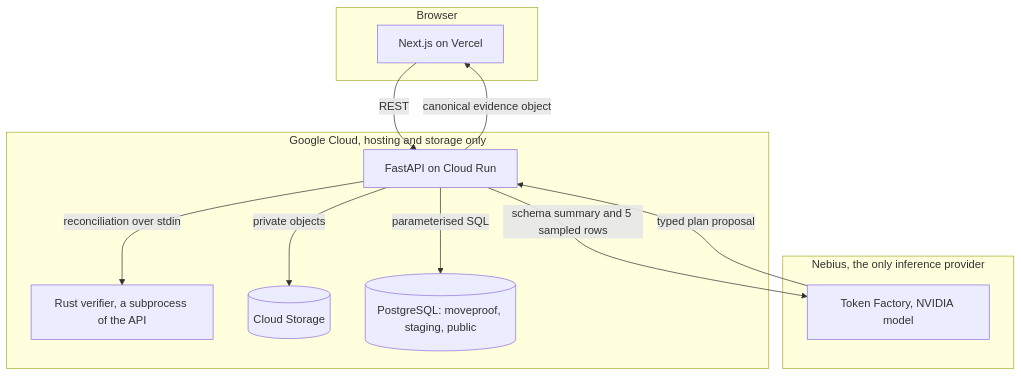
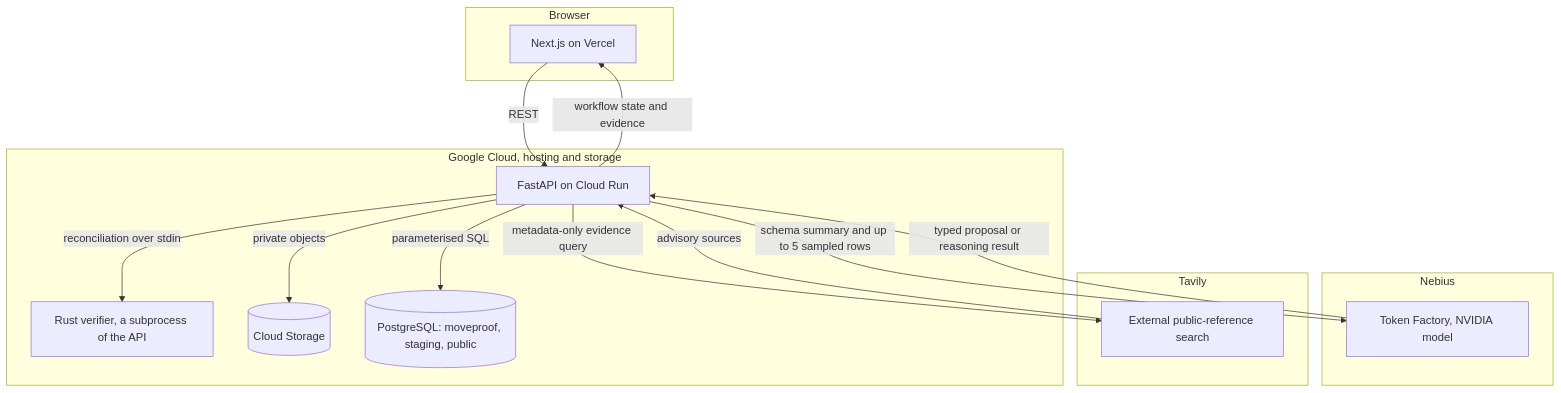
One commit to wiqilee/Moveproof changed the first of 5 diagrams in README.md. Above: the diagram before and after it, drawn with Mermaid. The commit also changed other lines of this file and 19 other files, not shown here.

Commit message:
Add Tavily external evidence checks

````diff
--- a/README.md
+++ b/README.md
@@ -323,25 +346,31 @@
 ```mermaid
 flowchart TB
     subgraph Browser
         UI["Next.js on Vercel"]
     end
 
-    subgraph GCP["Google Cloud, hosting and storage only"]
+    subgraph GCP["Google Cloud, hosting and storage"]
         API["FastAPI on Cloud Run"]
         RUST["Rust verifier, a subprocess of the API"]
         GCS[("Cloud Storage")]
         DB[("PostgreSQL: moveproof, staging, public")]
     end
 
-    subgraph Nebius["Nebius, the only inference provider"]
+    subgraph Nebius["Nebius"]
         TF["Token Factory, NVIDIA model"]
     end
 
+    subgraph Tavily["Tavily"]
+        EXT["External public-reference search"]
+    end
+
     UI -->|REST| API
-    API -->|schema summary and 5 sampled rows| TF
-    TF -->|typed plan proposal| API
+    API -->|schema summary and up to 5 sampled rows| TF
+    TF -->|typed proposal or reasoning result| API
+    API -->|metadata-only evidence query| EXT
+    EXT -->|advisory sources| API
     API -->|reconciliation over stdin| RUST
     API -->|parameterised SQL| DB
     API -->|private objects| GCS
-    API -->|canonical evidence object| UI
+    API -->|workflow state and evidence| UI
 ```
````
